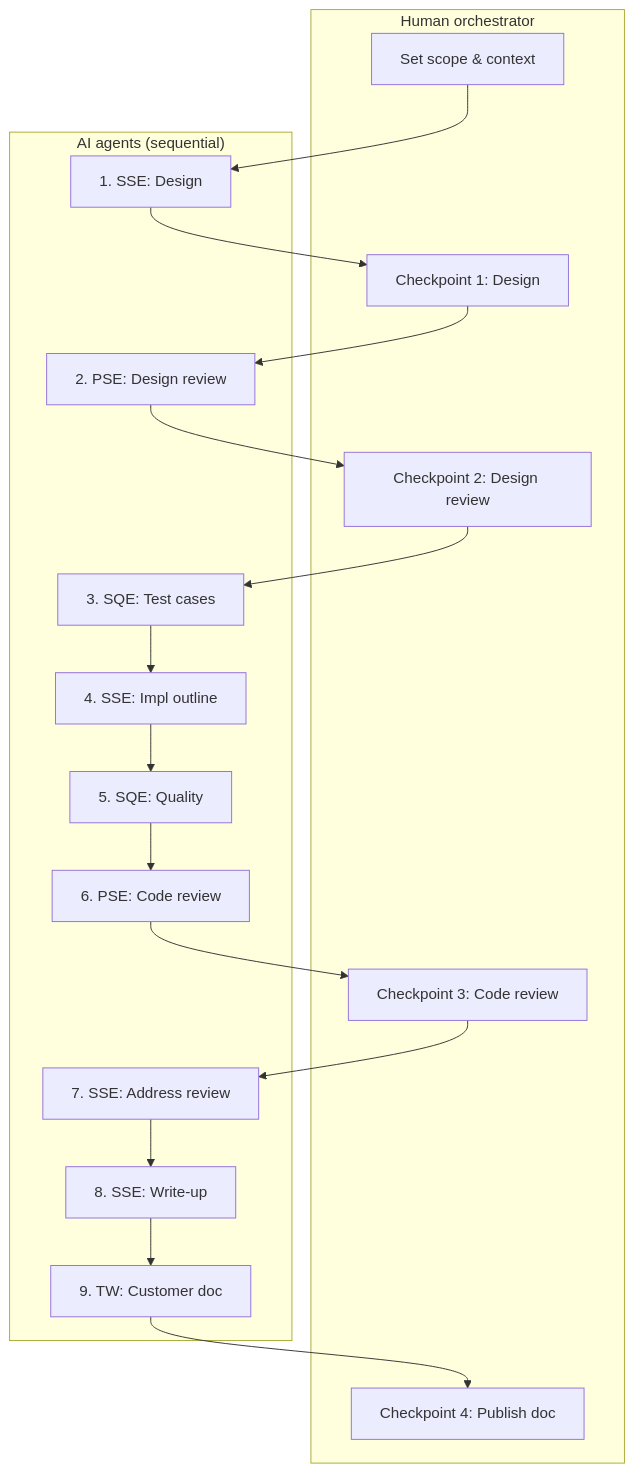
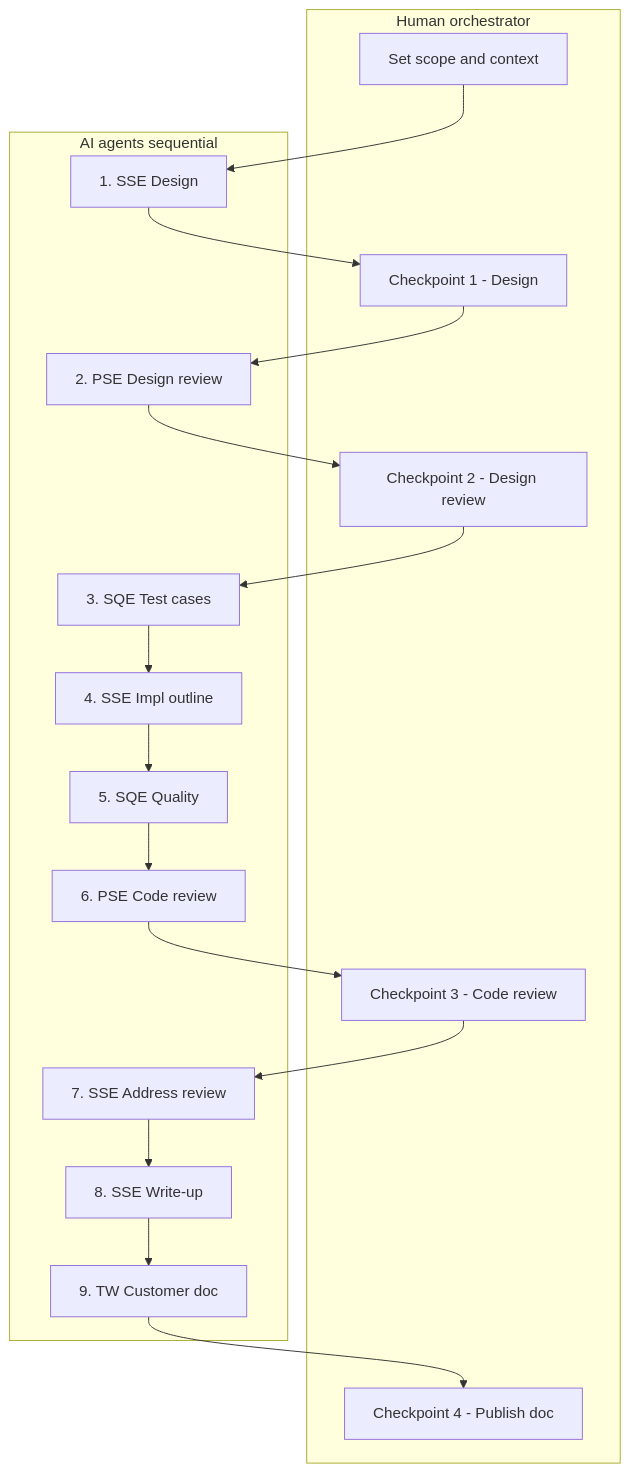
One commit to anirudhAgniRedhat/self-reference-doc changed the third of 3 diagrams in multi-agent-orchestration/VISION_AND_GOALS.md. Above: the diagram before and after it, drawn with Mermaid. The commit also changed other lines of this file, not shown here.

Commit message:
adds docs for multi agent orchestration

````diff
--- a/multi-agent-orchestration/VISION_AND_GOALS.md
+++ b/multi-agent-orchestration/VISION_AND_GOALS.md
@@ -212,32 +212,32 @@
 ```mermaid
 flowchart TB
     subgraph Human["Human orchestrator"]
-        H0[Set scope & context]
-        H1[Checkpoint 1: Design]
-        H2[Checkpoint 2: Design review]
-        H3[Checkpoint 3: Code review]
-        H4[Checkpoint 4: Publish doc]
+        H0["Set scope and context"]
+        H1["Checkpoint 1 - Design"]
+        H2["Checkpoint 2 - Design review"]
+        H3["Checkpoint 3 - Code review"]
+        H4["Checkpoint 4 - Publish doc"]
     end
 
-    subgraph AI["AI agents (sequential)"]
-        T1[1. SSE: Design]
-        T2[2. PSE: Design review]
-        T3[3. SQE: Test cases]
-        T4[4. SSE: Impl outline]
-        T5[5. SQE: Quality]
-        T6[6. PSE: Code review]
-        T7[7. SSE: Address review]
-        T8[8. SSE: Write-up]
-        T9[9. TW: Customer doc]
+    subgraph AI["AI agents sequential"]
+        T1["1. SSE Design"]
+        T2["2. PSE Design review"]
+        T3["3. SQE Test cases"]
+        T4["4. SSE Impl outline"]
+        T5["5. SQE Quality"]
+        T6["6. PSE Code review"]
+        T7["7. SSE Address review"]
+        T8["8. SSE Write-up"]
+        T9["9. TW Customer doc"]
     end
 
     H0 --> T1
     T1 --> H1
     H1 --> T2
     T2 --> H2
     H2 --> T3
     T3 --> T4 --> T5 --> T6
     T6 --> H3
     H3 --> T7 --> T8 --> T9
     T9 --> H4
 ```
````
